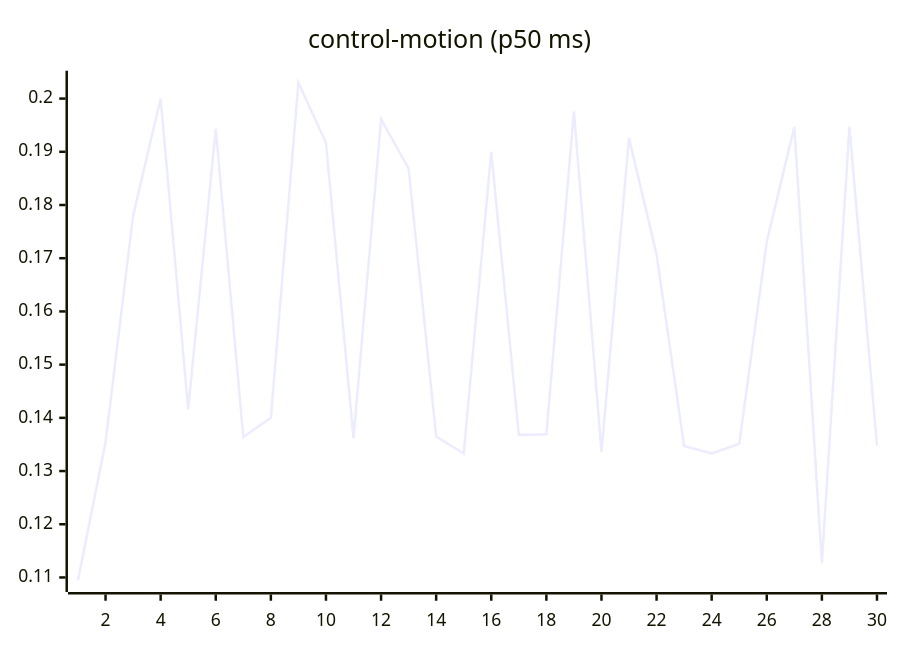
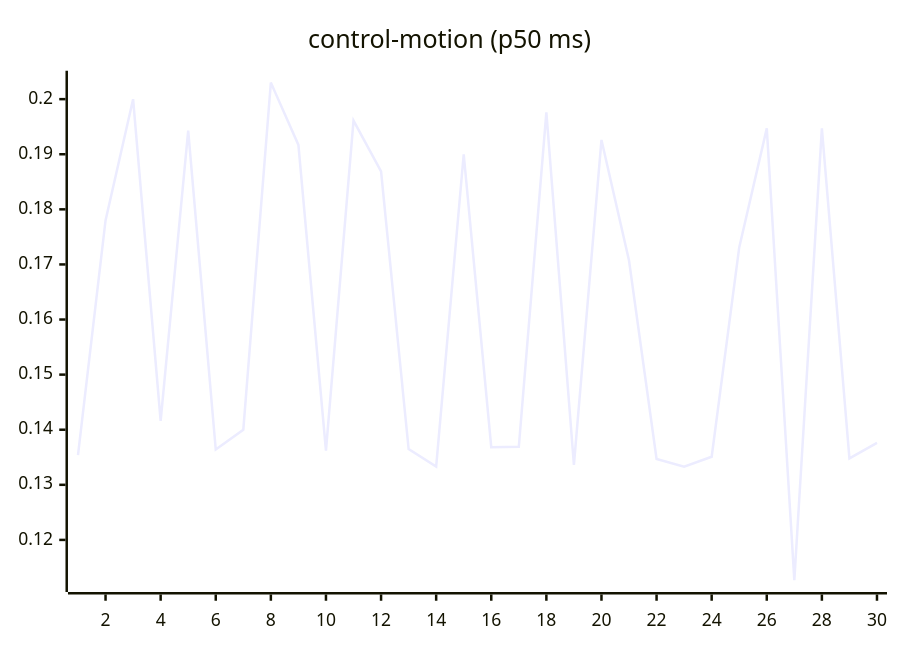
One commit to josha/Facet changed the seventh of 27 diagrams in README.md. Above: the diagram before and after it, drawn with Mermaid. The commit also changed other lines of this file and 2 other files, not shown here.

````diff
--- a/README.md
+++ b/README.md
@@ -105,6 +105,6 @@
 ```mermaid
 xychart-beta
     title "control-motion (p50 ms)"
     x-axis 1 --> 30
-    line [0.1095, 0.1354, 0.1780, 0.2000, 0.1416, 0.1943, 0.1364, 0.1400, 0.2030, 0.1917, 0.1362, 0.1961, 0.1869, 0.1365, 0.1333, 0.1900, 0.1368, 0.1369, 0.1976, 0.1336, 0.1926, 0.1707, 0.1347, 0.1333, 0.1351, 0.1731, 0.1947, 0.1127, 0.1947, 0.1348]
+    line [0.1354, 0.1780, 0.2000, 0.1416, 0.1943, 0.1364, 0.1400, 0.2030, 0.1917, 0.1362, 0.1961, 0.1869, 0.1365, 0.1333, 0.1900, 0.1368, 0.1369, 0.1976, 0.1336, 0.1926, 0.1707, 0.1347, 0.1333, 0.1351, 0.1731, 0.1947, 0.1127, 0.1947, 0.1348, 0.1376]
 ```
````
